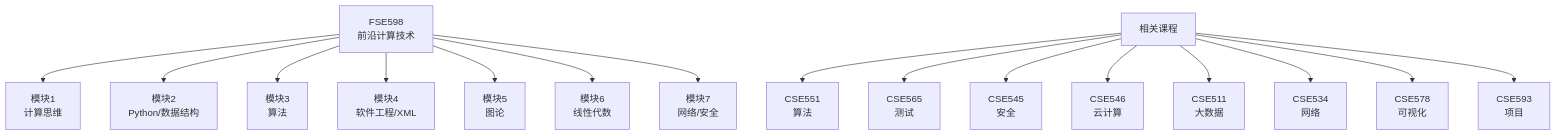
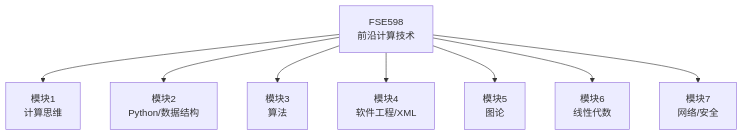
One commit to wanjochan/asu changed the fifth of 6 diagrams in FSE.598/Module1/M1U1L1 - 前沿技术简介 M1U1L1 Intro to Emerging Tech.md. Above: the diagram before and after it, drawn with Mermaid.

Commit message:
Update M1U1L1 - 前沿技术简介 M1U1L1 Intro to Emerging Tech.md

````diff
--- a/FSE.598/Module1/M1U1L1 - 前沿技术简介 M1U1L1 Intro to Emerging Tech.md
+++ b/FSE.598/Module1/M1U1L1 - 前沿技术简介 M1U1L1 Intro to Emerging Tech.md
@@ -141,19 +141,10 @@
 ```mermaid
 graph TD
     A[FSE598<br>前沿计算技术] --> B[模块1<br>计算思维]
     A --> C[模块2<br>Python/数据结构]
     A --> D[模块3<br>算法]
     A --> E[模块4<br>软件工程/XML]
     A --> F[模块5<br>图论]
     A --> G[模块6<br>线性代数]
     A --> H[模块7<br>网络/安全]
-    
-    I[相关课程] --> J[CSE551<br>算法]
-    I --> K[CSE565<br>测试]
-    I --> L[CSE545<br>安全]
-    I --> M[CSE546<br>云计算]
-    I --> N[CSE511<br>大数据]
-    I --> O[CSE534<br>网络]
-    I --> P[CSE578<br>可视化]
-    I --> Q[CSE593<br>项目]
 ```
````
